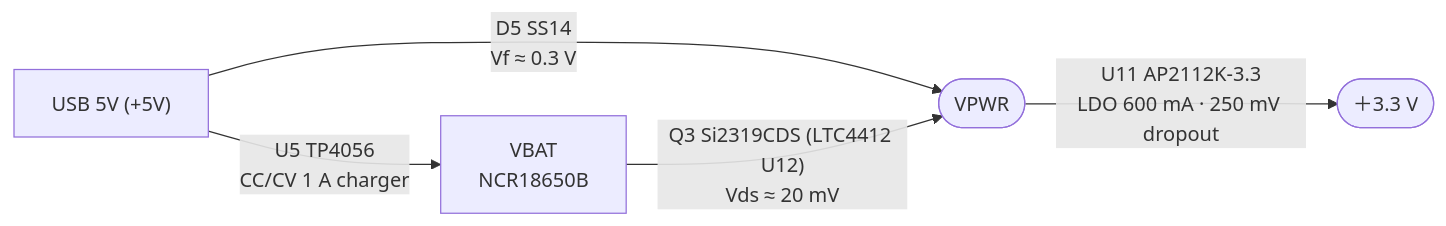
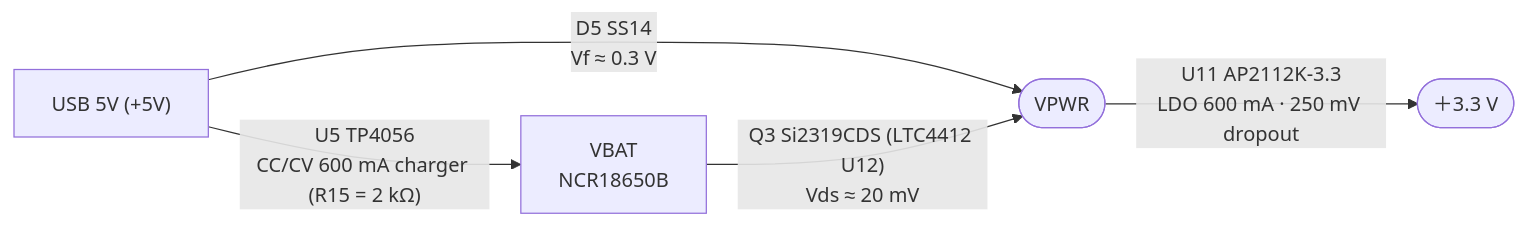
One commit to yvolodym/esp32-controller changed the third of 3 diagrams in CLAUDE.md. Above: the diagram before and after it, drawn with Mermaid. The commit also changed other lines of this file and 2 other files, not shown here.

````diff
--- a/CLAUDE.md
+++ b/CLAUDE.md
@@ -177,12 +177,12 @@
 ```mermaid
 graph LR
     USB["USB 5V (+5V)"]
     VBAT["VBAT\nNCR18650B"]
     VPWR(["VPWR"])
     V33(["＋3.3 V"])
 
     USB  -->|"D5 SS14\nVf ≈ 0.3 V"| VPWR
     VBAT -->|"Q3 Si2319CDS (LTC4412 U12)\nVds ≈ 20 mV"| VPWR
     VPWR -->|"U11 AP2112K-3.3\nLDO 600 mA · 250 mV dropout"| V33
-    USB  -->|"U5 TP4056\nCC/CV 1 A charger"| VBAT
+    USB  -->|"U5 TP4056\nCC/CV 600 mA charger (R15 = 2 kΩ)"| VBAT
 ```
````
